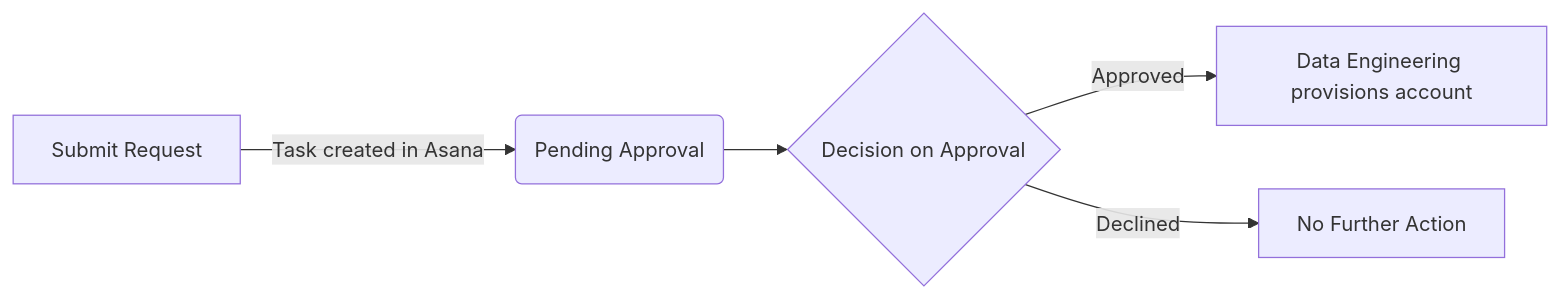
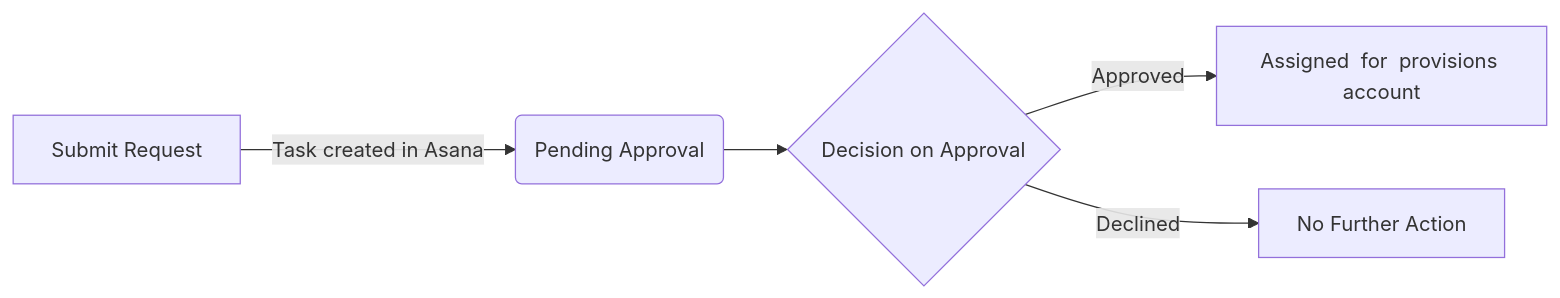
The diagram in cdp-docs/docs/program_overview/practitioner/onboarding/access_overview.md (cdp-ucsc/doc), drawn with Mermaid before and after one commit.

Commit message:
#33 - made assignment group more generic

````diff
--- a/cdp-docs/docs/program_overview/practitioner/onboarding/access_overview.md
+++ b/cdp-docs/docs/program_overview/practitioner/onboarding/access_overview.md
@@ -13,9 +13,9 @@
 ```mermaid
 
 flowchart LR
 
 A[Submit Request] -->|Task created in Asana| B(Pending Approval)
 B --> C{Decision on Approval}
-C -->|Approved| D[Data Engineering provisions account]
+C -->|Approved| D[Assigned  for  provisions account]
 C -->|Declined| E[No Further Action]
 ```
````
